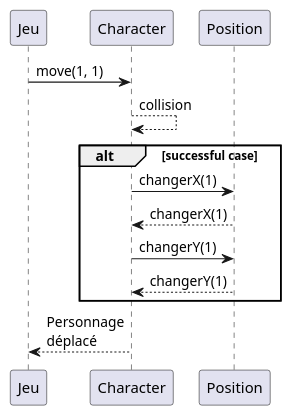
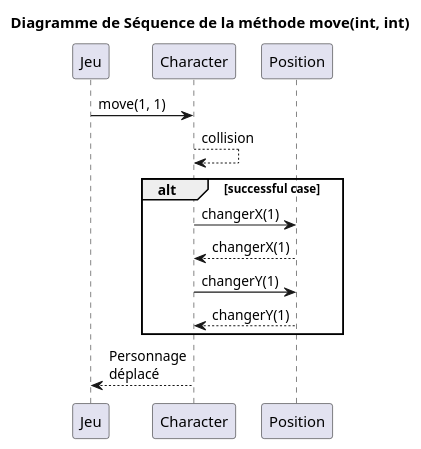
The diagram in src/code/characters/diagSequence.wsd (JeuFore/2020_COO_Zeldiablo_chastin3u_kieffe183u_chapell22u), drawn with PlantUML before and after one commit.

Commit message:
added a title in the sequence diagram

```diff
--- a/src/code/characters/diagSequence.wsd
+++ b/src/code/characters/diagSequence.wsd
@@ -1,11 +1,12 @@
 @startuml
+title Diagramme de Séquence de la méthode move(int, int)
 Jeu -> Character : move(1, 1)
 Character --> Character : collision
 alt successful case
     Character -> Position : changerX(1)
     Position --> Character : changerX(1)
     Character -> Position : changerY(1)
     Position --> Character : changerY(1)
 end
 Character --> Jeu : Personnage\ndéplacé
 @enduml
```
